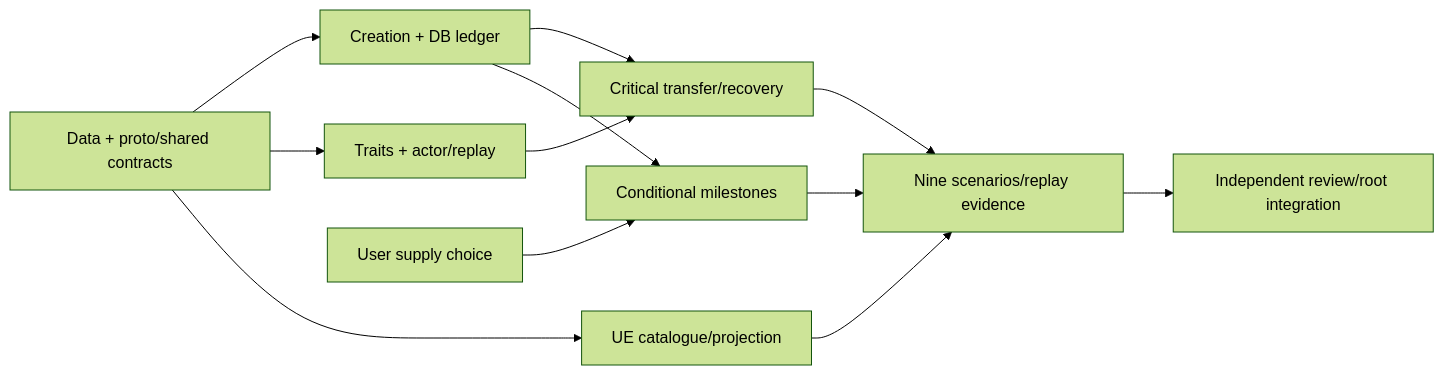
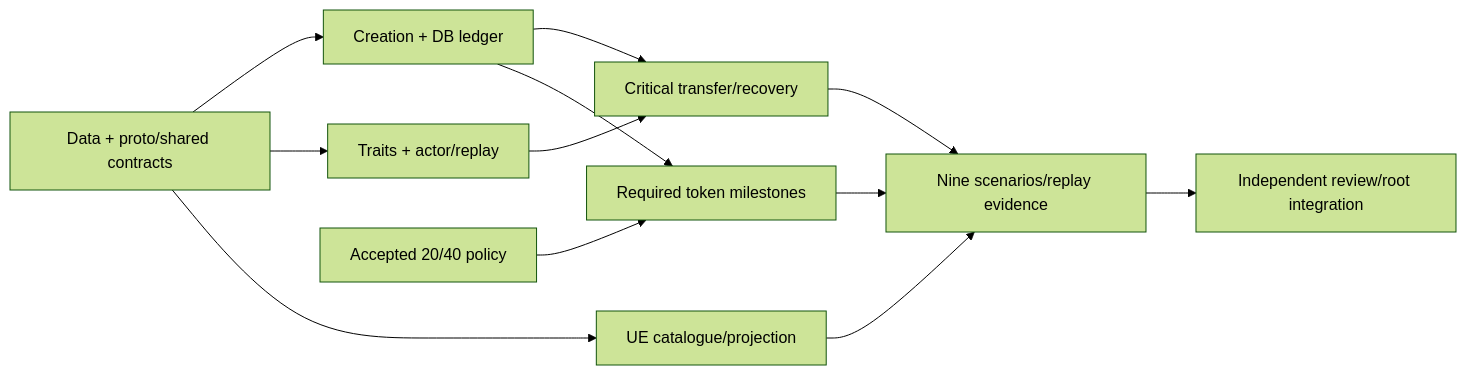
One commit to woody34/nightfall-rpg changed the diagram in docs/plans/phase-2-race-and-class.md. Above: the diagram before and after it, drawn with Mermaid (forest theme). The commit also changed other lines of this file and 3 other files, not shown here.

Commit message:
docs: record accepted once-per-character transfer token policy

````diff
--- a/docs/plans/phase-2-race-and-class.md
+++ b/docs/plans/phase-2-race-and-class.md
@@ -184,14 +184,14 @@
 ```mermaid
 flowchart LR
  F[Data + proto/shared contracts] --> A[Creation + DB ledger]
  F --> Z[Traits + actor/replay]
  F --> U[UE catalogue/projection]
  A --> T[Critical transfer/recovery]
  Z --> T
- P[User supply choice] --> M[Conditional milestones]
+ P[Accepted 20/40 policy] --> M[Required token milestones]
  A --> M
  T --> S[Nine scenarios/replay evidence]
  U --> S
  M --> S
  S --> R[Independent review/root integration]
 ```
````
